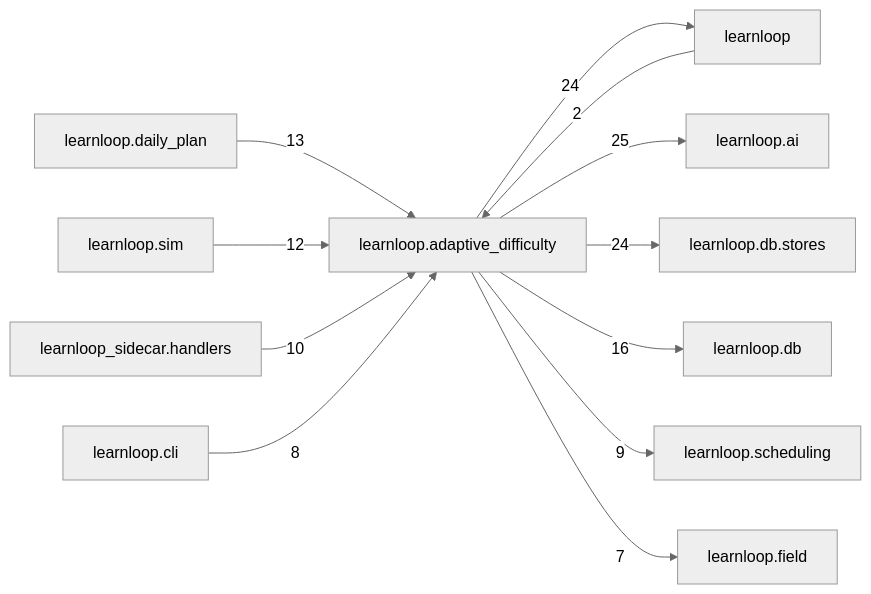
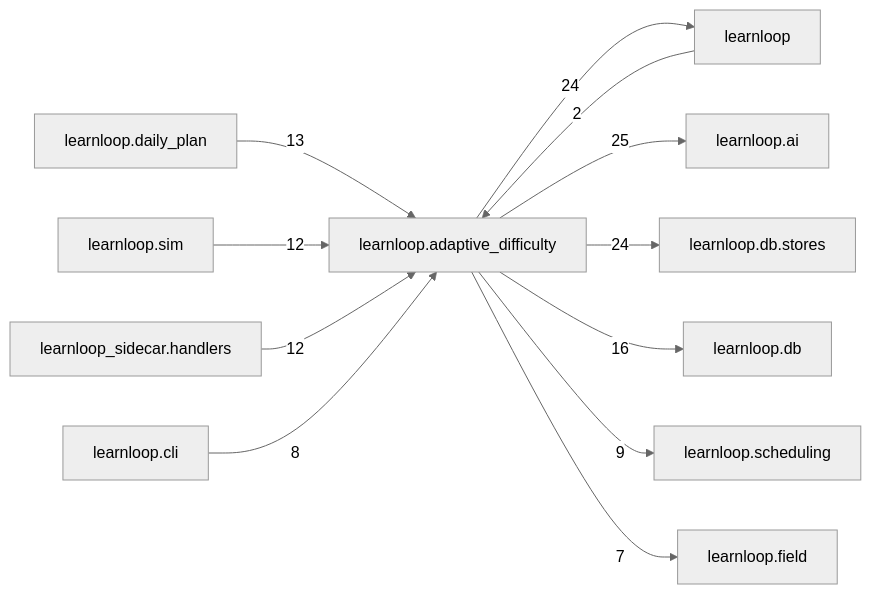
Before and after one commit to 6up-b/learnanything: the diagram in docs/learnloop-architecture-vault/Reference/Modules/learnloop/adaptive_difficulty/_package.md, drawn with Mermaid (neutral theme). The commit also changed other lines of this file and 553 other files, not shown here.

````diff
--- a/docs/learnloop-architecture-vault/Reference/Modules/learnloop/adaptive_difficulty/_package.md
+++ b/docs/learnloop-architecture-vault/Reference/Modules/learnloop/adaptive_difficulty/_package.md
@@ -172,25 +172,25 @@
 ```mermaid
 flowchart LR
     center["learnloop.adaptive_difficulty"]
     n_learnloop["learnloop"]
     n_learnloop_ai["learnloop.ai"]
     n_learnloop_db_stores["learnloop.db.stores"]
     n_learnloop_db["learnloop.db"]
     n_learnloop_daily_plan["learnloop.daily_plan"]
     n_learnloop_sim["learnloop.sim"]
     n_learnloop_sidecar_handlers["learnloop_sidecar.handlers"]
     n_learnloop_scheduling["learnloop.scheduling"]
     n_learnloop_cli["learnloop.cli"]
     n_learnloop_field["learnloop.field"]
     n_learnloop -->|2| center
     center -->|24| n_learnloop
     center -->|25| n_learnloop_ai
     center -->|24| n_learnloop_db_stores
     center -->|16| n_learnloop_db
     n_learnloop_daily_plan -->|13| center
     n_learnloop_sim -->|12| center
-    n_learnloop_sidecar_handlers -->|10| center
+    n_learnloop_sidecar_handlers -->|12| center
     center -->|9| n_learnloop_scheduling
     n_learnloop_cli -->|8| center
     center -->|7| n_learnloop_field
 ```
````
